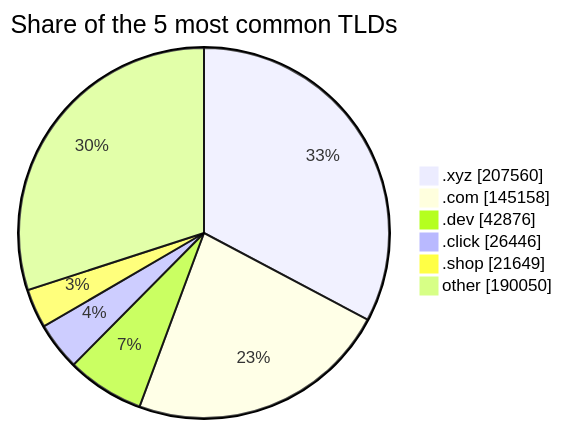
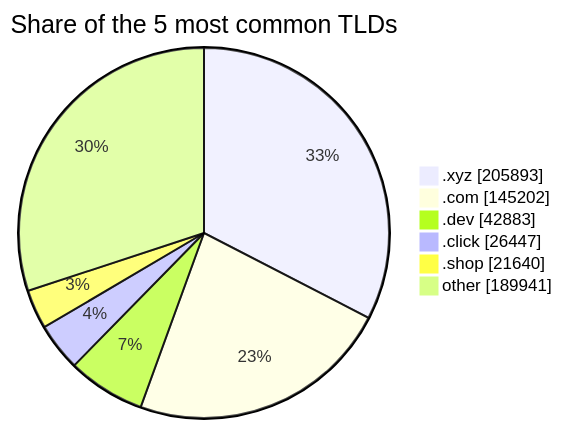
Before and after one commit to DNSBunker/CTI: the third of 3 diagrams in README.md, drawn with Mermaid. The commit also changed other lines of this file and 3 other files, not shown here.

````diff
--- a/README.md
+++ b/README.md
@@ -81,9 +81,9 @@
 ```mermaid
 pie showData title Share of the 5 most common TLDs
-    ".xyz" : 207560
-    ".com" : 145158
-    ".dev" : 42876
-    ".click" : 26446
-    ".shop" : 21649
-    "other" : 190050
+    ".xyz" : 205893
+    ".com" : 145202
+    ".dev" : 42883
+    ".click" : 26447
+    ".shop" : 21640
+    "other" : 189941
 ```
````
